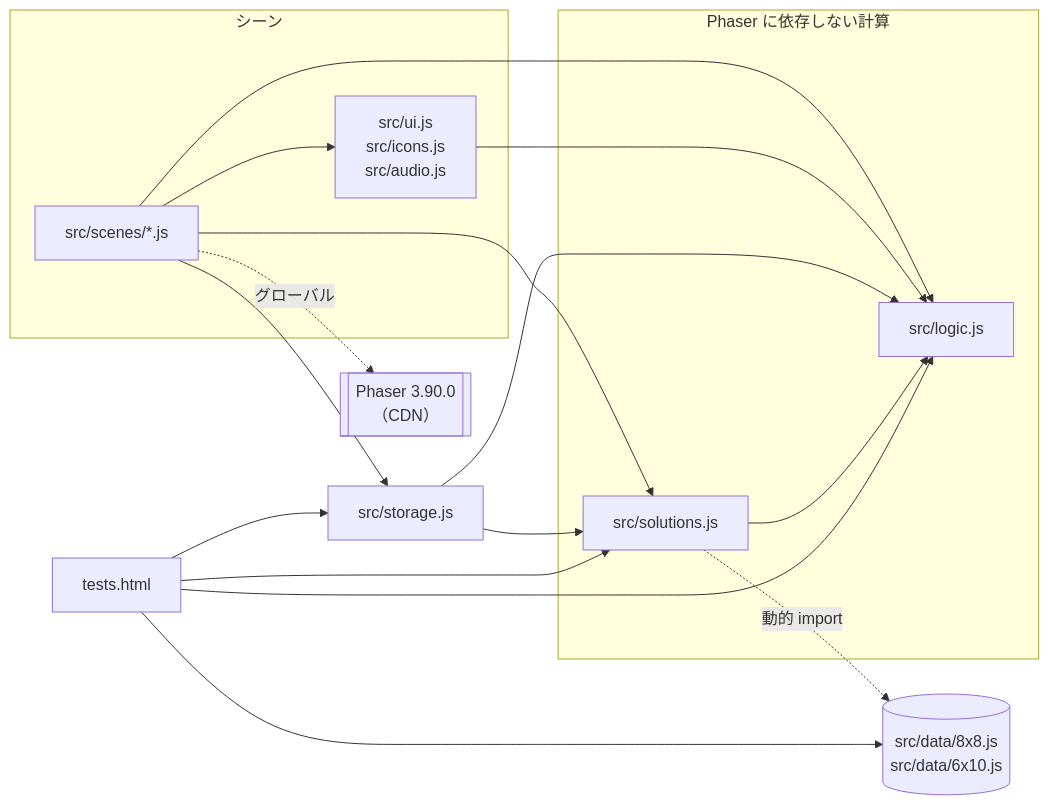
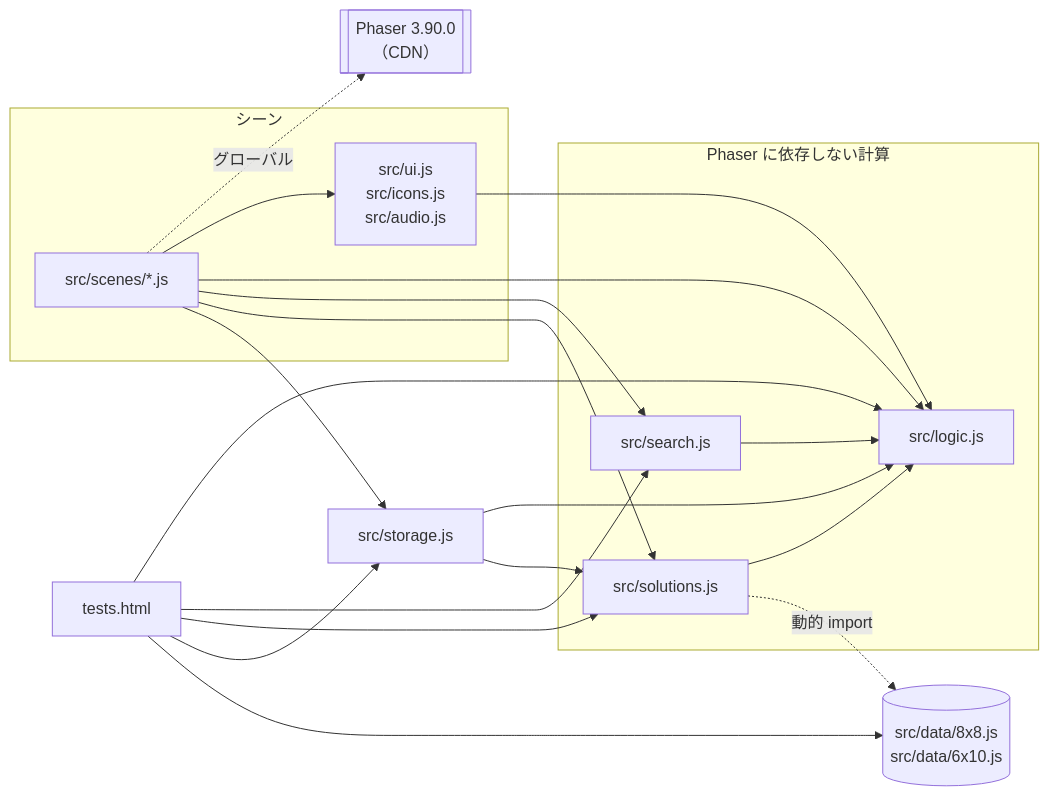
The first of 3 diagrams in docs/developer.md (ytani01/pentomino-puzzle), drawn with Mermaid before and after one commit. The commit also changed other lines of this file and 10 other files, not shown here.

First line of the commit message:
refactor(search): デモの探索を logic.js から search.js へ分ける（TODO-113 の実装）

````diff
--- a/docs/developer.md
+++ b/docs/developer.md
@@ -111,30 +114,34 @@
 ```mermaid
 flowchart LR
   Phaser[["Phaser 3.90.0<br>（CDN）"]]
   subgraph scenes["シーン"]
     Scenes["src/scenes/*.js"]
     UI["src/ui.js<br>src/icons.js<br>src/audio.js"]
   end
   subgraph calc["Phaser に依存しない計算"]
     Logic["src/logic.js"]
+    Search["src/search.js"]
     Sol["src/solutions.js"]
   end
   Storage["src/storage.js"]
   Data[("src/data/8x8.js<br>src/data/6x10.js")]
   Tests["tests.html"]
 
   Scenes -. "グローバル" .-> Phaser
   Scenes --> UI
   Scenes --> Logic
+  Scenes --> Search
   Scenes --> Sol
   Scenes --> Storage
   UI --> Logic
   Storage --> Logic
+  Search --> Logic
   Storage --> Sol
   Sol --> Logic
   Sol -. "動的 import" .-> Data
   Tests --> Logic
+  Tests --> Search
   Tests --> Sol
   Tests --> Storage
   Tests --> Data
 ```
````
